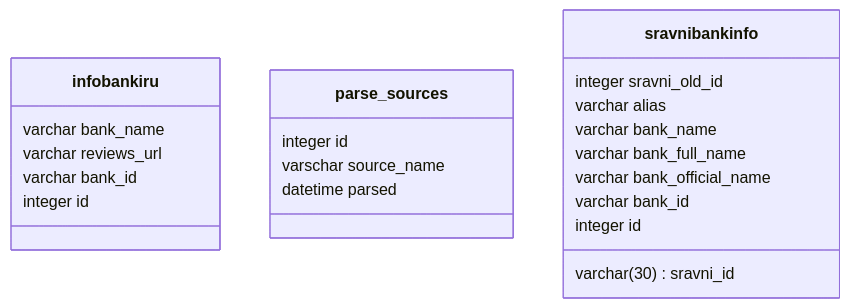
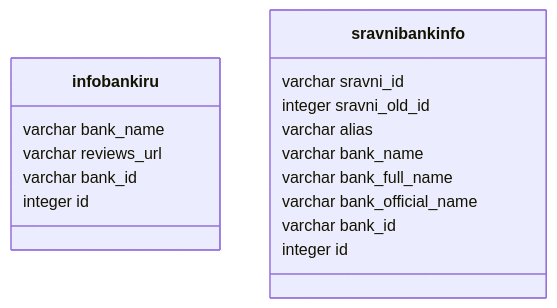
Before and after one commit to dudin-george/ESG_analysis: the second of 2 diagrams in README.md, drawn with Mermaid. The commit also changed 5 other files, not shown here.

````diff
--- a/README.md
+++ b/README.md
@@ -77,28 +77,22 @@
 ```mermaid
 classDiagram
 direction BT
 
 class infobankiru {
    varchar bank_name
    varchar reviews_url
    varchar bank_id
    integer id
 }
 
-class parse_sources{
-    integer id
-    varschar source_name
-    datetime parsed
-}
-
 class sravnibankinfo {
-   varchar(30) sravni_id
+   varchar sravni_id
    integer sravni_old_id
    varchar alias
    varchar bank_name
    varchar bank_full_name
    varchar bank_official_name
    varchar bank_id
    integer id
 }
 ```
````
